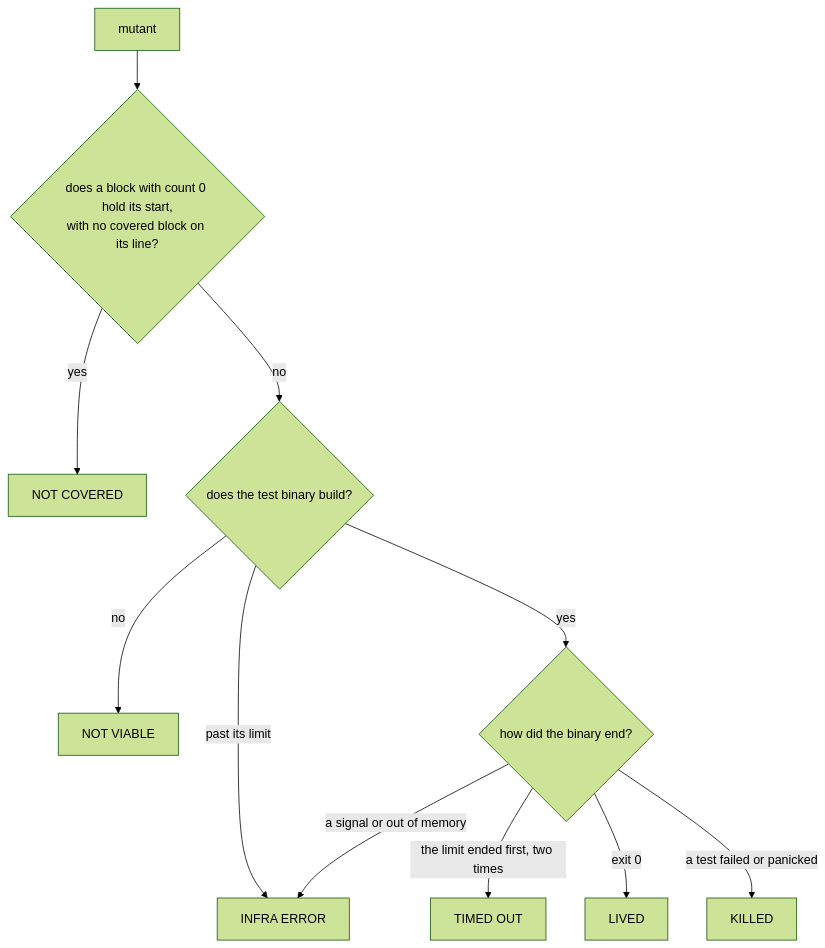
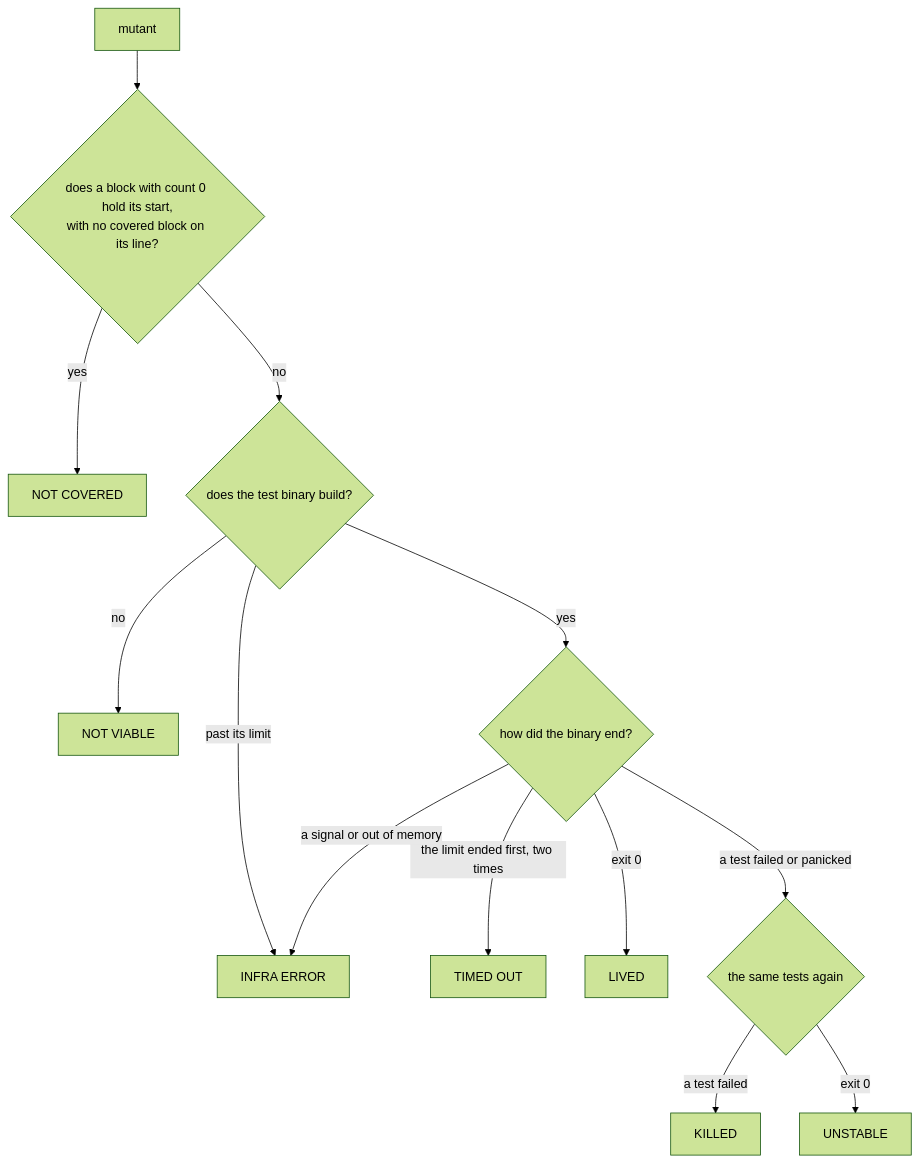
Before and after one commit to hpcsc/mutants: the sixth of 7 diagrams in docs/design.md, drawn with Mermaid (forest theme). The commit also changed other lines of this file and 19 other files, not shown here.

First line of the commit message:
Run the tests again after a kill, and call a kill that does not repeat UNSTABLE

````diff
--- a/docs/design.md
+++ b/docs/design.md
@@ -701,13 +710,15 @@
 ```mermaid
 flowchart TD
     S["mutant"] --> CV{"does a block with count 0 hold its start,<br/>with no covered block on its line?"}
     CV -- "yes" --> NC["NOT COVERED"]
     CV -- "no" --> BLD{"does the test binary build?"}
     BLD -- "no" --> NV["NOT VIABLE"]
     BLD -- "past its limit" --> IE
     BLD -- "yes" --> RUN{"how did the binary end?"}
     RUN -- "the limit ended first, two times" --> TO["TIMED OUT"]
     RUN -- "exit 0" --> LV["LIVED"]
-    RUN -- "a test failed or panicked" --> KD["KILLED"]
+    RUN -- "a test failed or panicked" --> AGAIN{"the same tests again"}
+    AGAIN -- "a test failed" --> KD["KILLED"]
+    AGAIN -- "exit 0" --> UN["UNSTABLE"]
     RUN -- "a signal or out of memory" --> IE["INFRA ERROR"]
 ```
````
